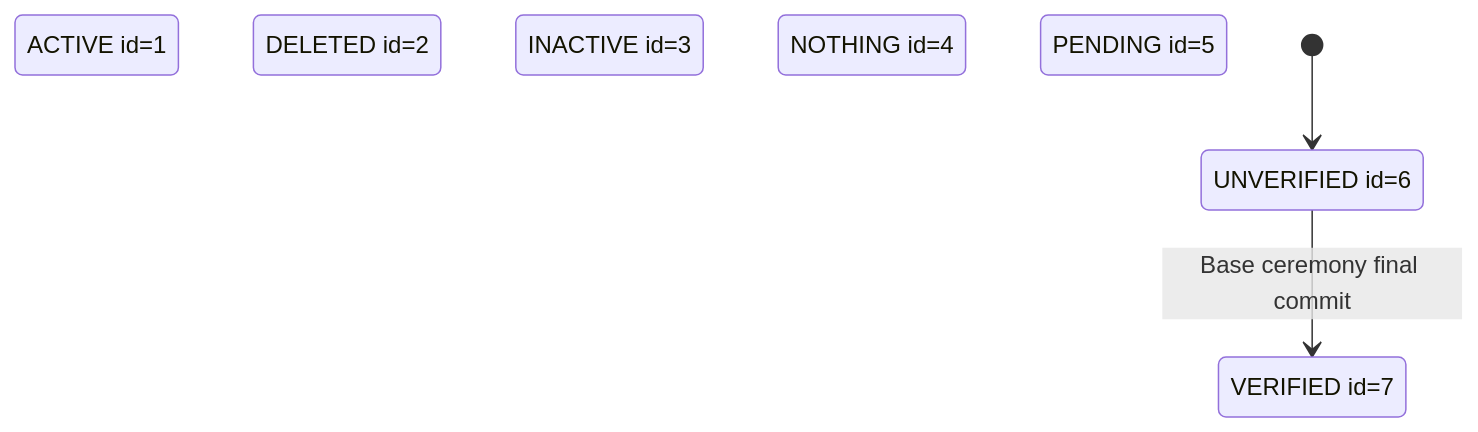
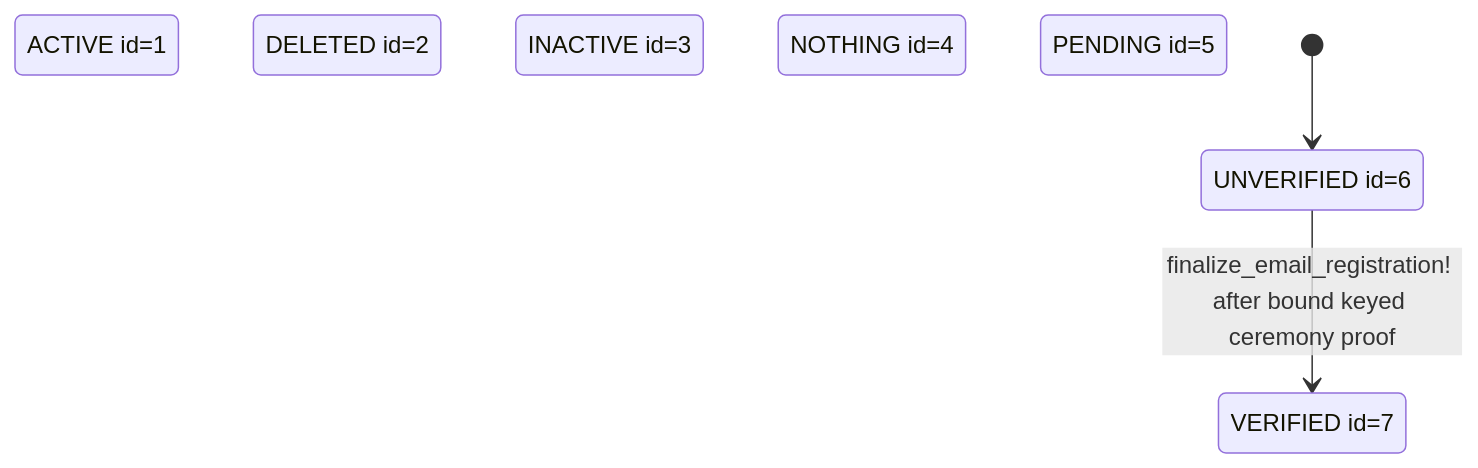
Before and after one commit to seahal/umaxica-apps-jit-global: the diagram in docs/mermaid/idp-operator-email-credential.mmd, drawn with Mermaid. The commit also changed 658 other files, not shown here.

```diff
--- a/docs/mermaid/idp-operator-email-credential.mmd
+++ b/docs/mermaid/idp-operator-email-credential.mmd
@@ -1,11 +1,11 @@
 stateDiagram-v2
     %% CURRENT implementation; sources and guards in transition inventory.
     state "ACTIVE id=1" as ACTIVE
     state "DELETED id=2" as DELETED
     state "INACTIVE id=3" as INACTIVE
     state "NOTHING id=4" as NOTHING
     state "PENDING id=5" as PENDING
     state "UNVERIFIED id=6" as UNVERIFIED
     state "VERIFIED id=7" as VERIFIED
     [*] --> UNVERIFIED
-    UNVERIFIED --> VERIFIED: Base ceremony final commit
+    UNVERIFIED --> VERIFIED: finalize_email_registration! after bound keyed ceremony proof
```
